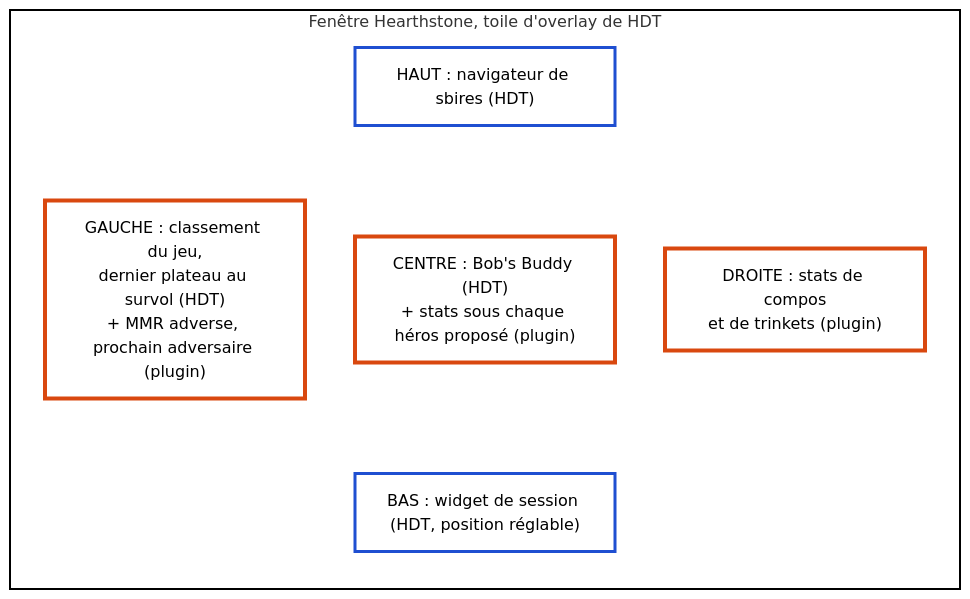
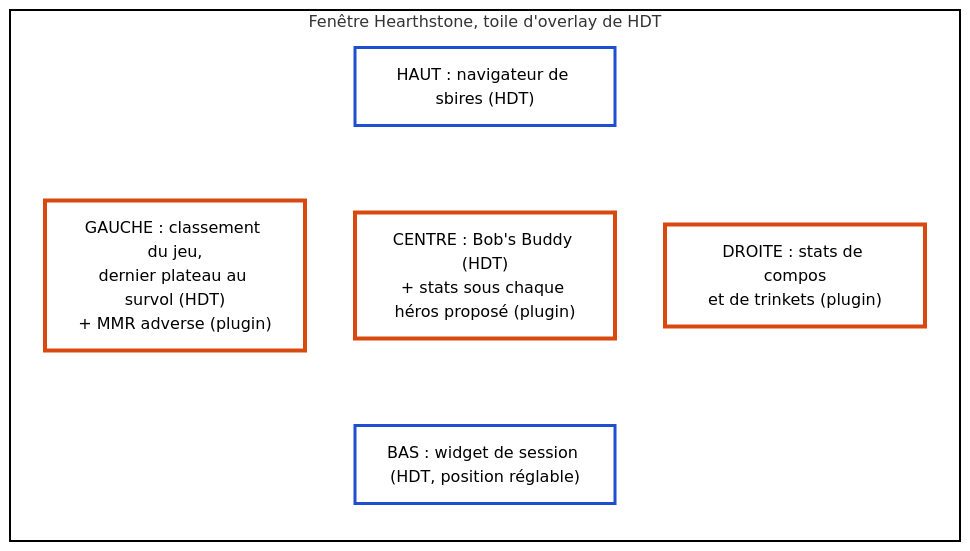
One commit to elphono/tavern-compass changed the diagram in docs/plans/2026-09-26-parite-tier7-spec.md. Above: the diagram before and after it, drawn with Mermaid. The commit also changed other lines of this file and 7 other files, not shown here.

First line of the commit message:
refactor(plugin): retrait du marqueur « prochain adversaire »

````diff
--- a/docs/plans/2026-09-26-parite-tier7-spec.md
+++ b/docs/plans/2026-09-26-parite-tier7-spec.md
@@ -109,18 +109,18 @@
 ```mermaid
 flowchart TB
     subgraph HS["Fenêtre Hearthstone, toile d'overlay de HDT"]
         direction TB
         TIERS["HAUT : navigateur de sbires (HDT)"]
-        LB["GAUCHE : classement du jeu,<br/>dernier plateau au survol (HDT)<br/>+ MMR adverse, prochain adversaire (plugin)"]
+        LB["GAUCHE : classement du jeu,<br/>dernier plateau au survol (HDT)<br/>+ MMR adverse (plugin)"]
         MID["CENTRE : Bob's Buddy (HDT)<br/>+ stats sous chaque héros proposé (plugin)"]
         RIGHT["DROITE : stats de compos<br/>et de trinkets (plugin)"]
         SESSION["BAS : widget de session (HDT, position réglable)"]
         TIERS ~~~ LB & MID & RIGHT
         LB & MID & RIGHT ~~~ SESSION
     end
     classDef hdt fill:#ffffff,stroke:#1f4fd1,stroke-width:3px,color:#000000
     classDef plugin fill:#ffffff,stroke:#d9480f,stroke-width:4px,color:#000000
     class TIERS,SESSION hdt
     class LB,MID,RIGHT plugin
     style HS fill:#ffffff,stroke:#000000,stroke-width:2px
 ```
````
